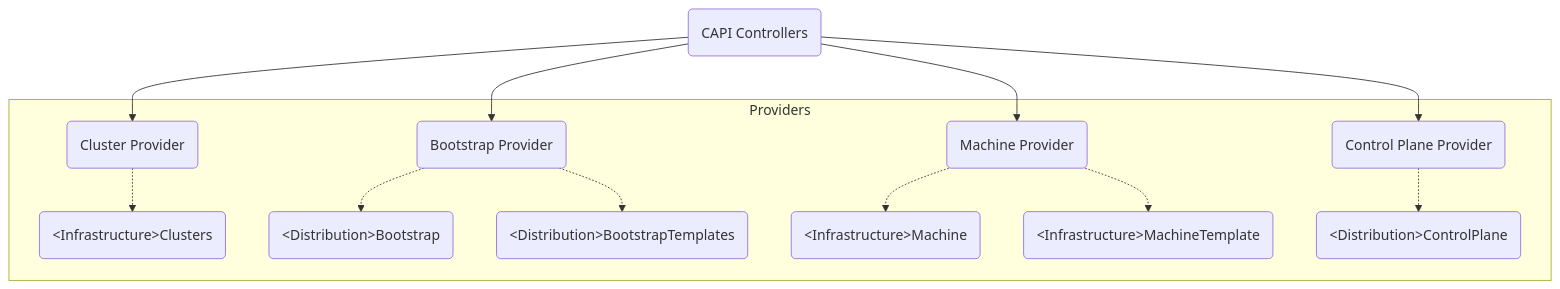
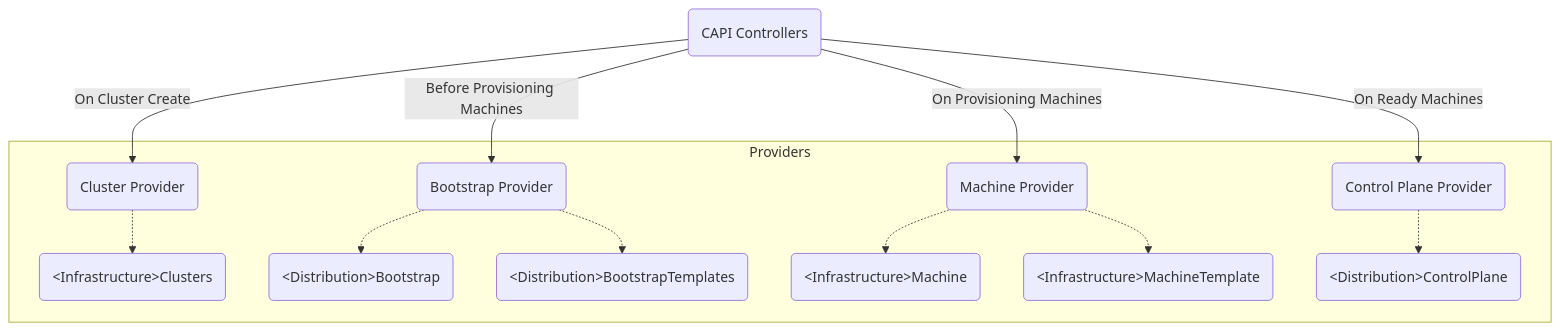
One commit to aiyengar2/k8s-docs changed the second of 2 diagrams in docs/provisioning/00_capi.md. Above: the diagram before and after it, drawn with Mermaid.

````diff
--- a/docs/provisioning/00_capi.md
+++ b/docs/provisioning/00_capi.md
@@ -57,29 +57,29 @@
 ```mermaid
 graph TD
     CAPIControllers("CAPI Controllers")
     subgraph Providers
     ClusterProvider("Cluster Provider")
     BootstrapProvider("Bootstrap Provider")
     MachineProvider("Machine Provider")
     ControlPlaneProvider("Control Plane Provider")
 
     InfrastructureCluster("&ltInfrastructure&gtClusters")
     DistributionBootstrap("&ltDistribution&gtBootstrap")
     DistributionBootstrapTemplate("&ltDistribution&gtBootstrapTemplates")
     InfrastructureMachine("&ltInfrastructure&gtMachine")
     InfrastructureMachineTemplate("&ltInfrastructure&gtMachineTemplate")
     DistributionControlPlane("&ltDistribution&gtControlPlane")
     end
 
-    CAPIControllers-->ClusterProvider
-    CAPIControllers-->BootstrapProvider
-    CAPIControllers-->MachineProvider
-    CAPIControllers-->ControlPlaneProvider
+    CAPIControllers--On Cluster Create-->ClusterProvider
+    CAPIControllers--Before Provisioning Machines-->BootstrapProvider
+    CAPIControllers--On Provisioning Machines-->MachineProvider
+    CAPIControllers--On Ready Machines-->ControlPlaneProvider
     
     ClusterProvider-.->InfrastructureCluster
     BootstrapProvider-.->DistributionBootstrap
     BootstrapProvider-.->DistributionBootstrapTemplate
     MachineProvider-.->InfrastructureMachine
     MachineProvider-.->InfrastructureMachineTemplate
     ControlPlaneProvider-.->DistributionControlPlane
 ```
````
